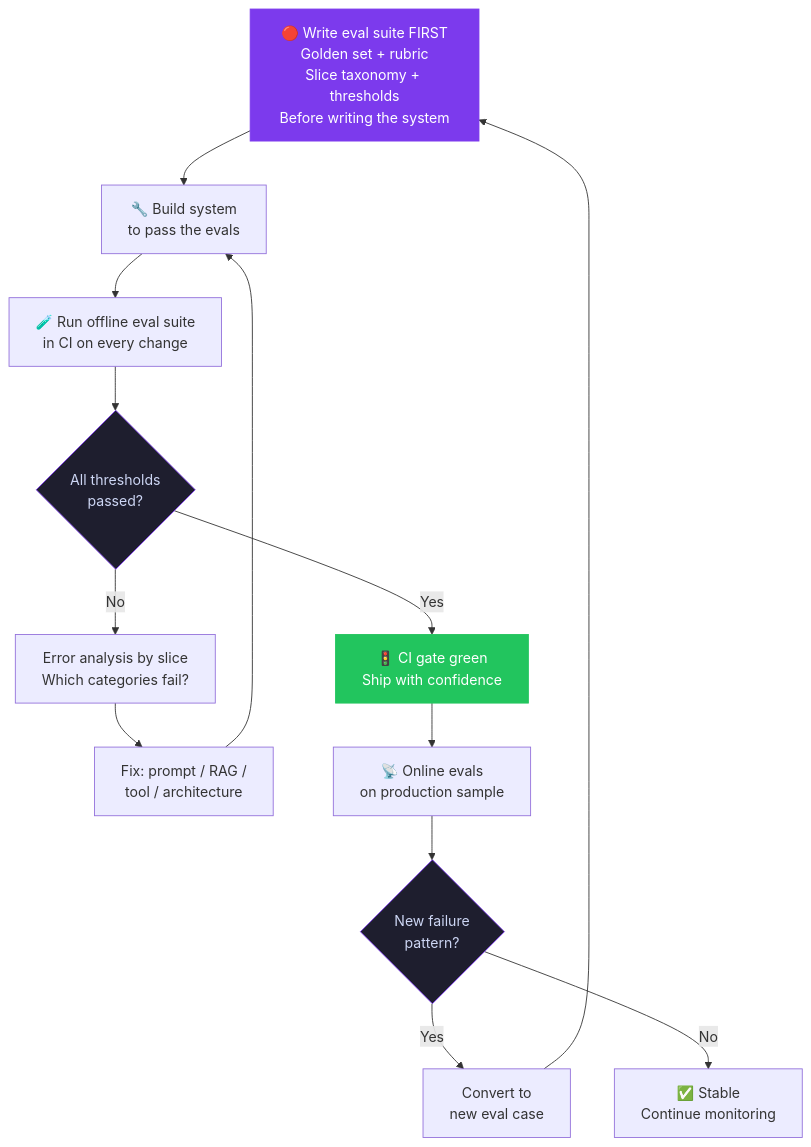
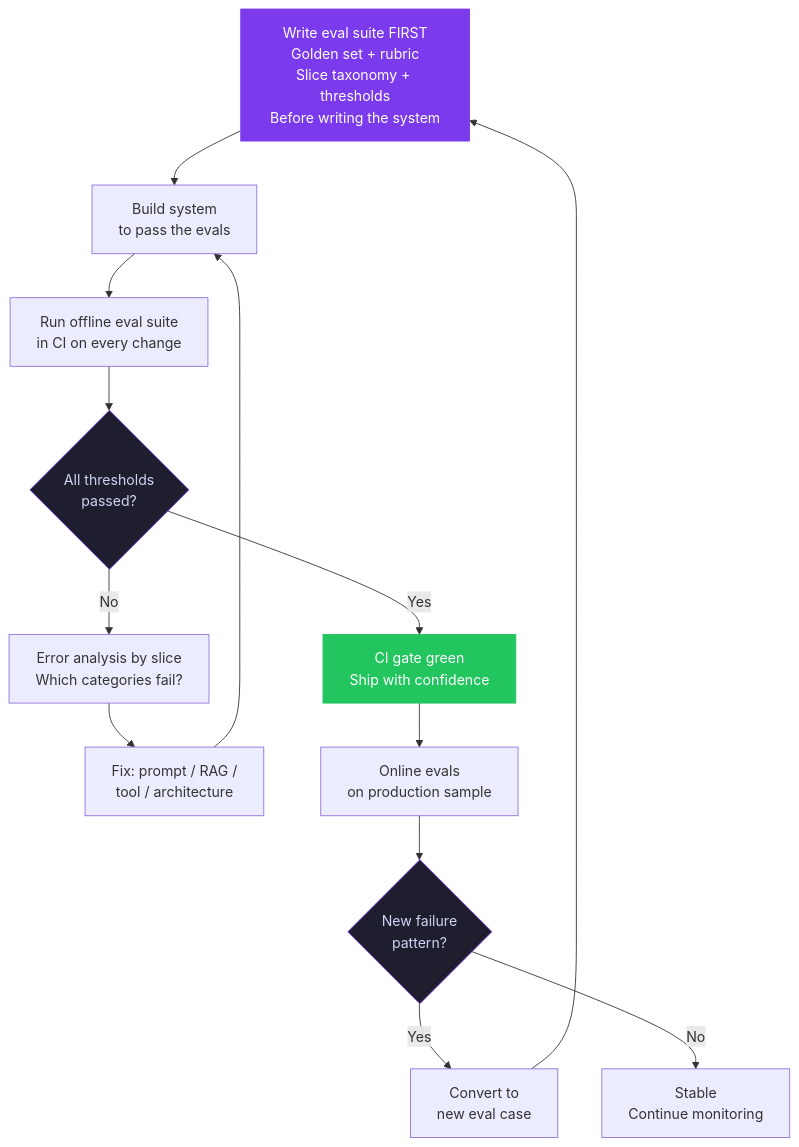
One commit to nicolad/vadim.blog changed the third of 10 diagrams in blog/2026/02-18-ai-sdlc-meta-approaches/index.md. Above: the diagram before and after it, drawn with Mermaid. The commit also changed other lines of this file, not shown here.

````diff
--- a/blog/2026/02-18-ai-sdlc-meta-approaches/index.md
+++ b/blog/2026/02-18-ai-sdlc-meta-approaches/index.md
@@ -163,20 +208,20 @@
 ```mermaid
 graph TD
-    A["🔴 Write eval suite FIRST\nGolden set + rubric\nSlice taxonomy + thresholds\nBefore writing the system"] --> B["🔧 Build system\nto pass the evals"]
-    B --> C["🧪 Run offline eval suite\nin CI on every change"]
+    A["Write eval suite FIRST\nGolden set + rubric\nSlice taxonomy + thresholds\nBefore writing the system"] --> B["Build system\nto pass the evals"]
+    B --> C["Run offline eval suite\nin CI on every change"]
     C --> D{All thresholds\npassed?}
     D -- No --> E["Error analysis by slice\nWhich categories fail?"]
     E --> F["Fix: prompt / RAG /\ntool / architecture"]
     F --> B
-    D -- Yes --> G["🚦 CI gate green\nShip with confidence"]
-    G --> H["📡 Online evals\non production sample"]
+    D -- Yes --> G["CI gate green\nShip with confidence"]
+    G --> H["Online evals\non production sample"]
     H --> I{New failure\npattern?}
     I -- Yes --> J["Convert to\nnew eval case"]
     J --> A
-    I -- No --> K["✅ Stable\nContinue monitoring"]
+    I -- No --> K["Stable\nContinue monitoring"]
 
     style A fill:#7c3aed,stroke:#7c3aed,color:#fff
     style G fill:#22c55e,stroke:#22c55e,color:#fff
     style D fill:#1e1e2e,stroke:#7c3aed,color:#cdd6f4
     style I fill:#1e1e2e,stroke:#7c3aed,color:#cdd6f4
 ```
````
